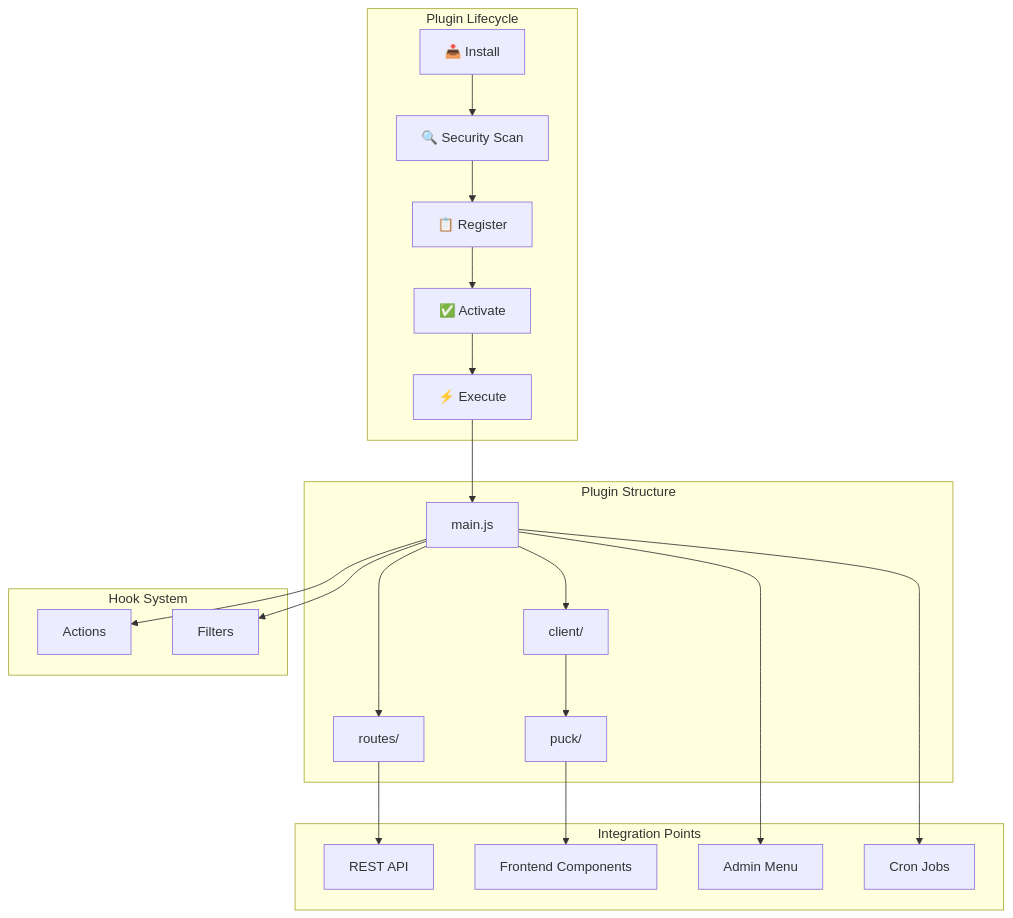
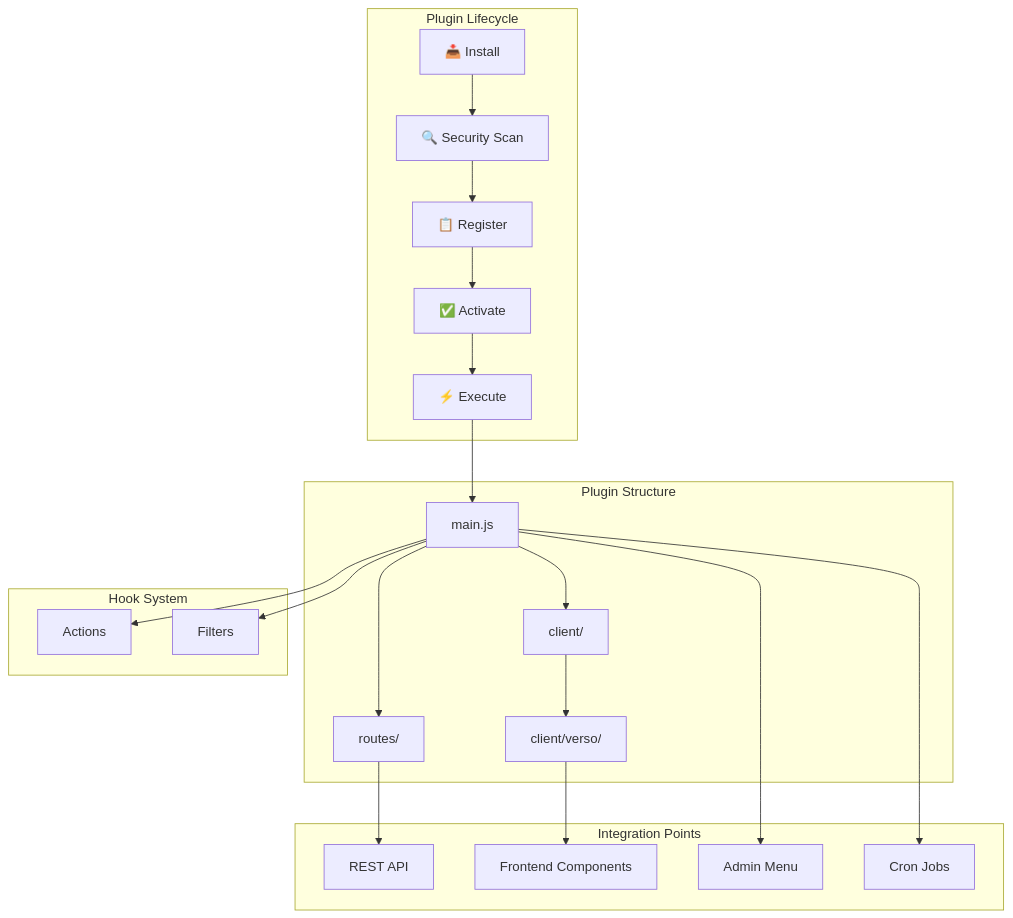
Before and after one commit to jaimemartinez/wordjs: the seventh of 11 diagrams in documentation/architecture.md, drawn with Mermaid. The commit also changed other lines of this file and 271 other files, not shown here.

````diff
--- a/documentation/architecture.md
+++ b/documentation/architecture.md
@@ -356,44 +362,44 @@
 ```mermaid
 graph TB
     subgraph "Plugin Lifecycle"
         Install[📥 Install]
         Scan[🔍 Security Scan]
         Register[📋 Register]
         Activate[✅ Activate]
         Execute[⚡ Execute]
     end
 
     subgraph "Plugin Structure"
         MainJS[main.js]
         Routes[routes/]
         Client[client/]
-        PuckComp[puck/]
+        VersoComp[client/verso/]
     end
 
     subgraph "Hook System"
         Actions[Actions]
         Filters[Filters]
     end
 
     subgraph "Integration Points"
         API[REST API]
         Frontend[Frontend Components]
         Menu[Admin Menu]
         Cron[Cron Jobs]
     end
 
     Install --> Scan
     Scan --> Register
     Register --> Activate
     Activate --> Execute
     Execute --> MainJS
     MainJS --> Routes
     MainJS --> Client
-    Client --> PuckComp
+    Client --> VersoComp
     MainJS --> Actions
     MainJS --> Filters
     Routes --> API
-    PuckComp --> Frontend
+    VersoComp --> Frontend
     MainJS --> Menu
     MainJS --> Cron
 ```
````
